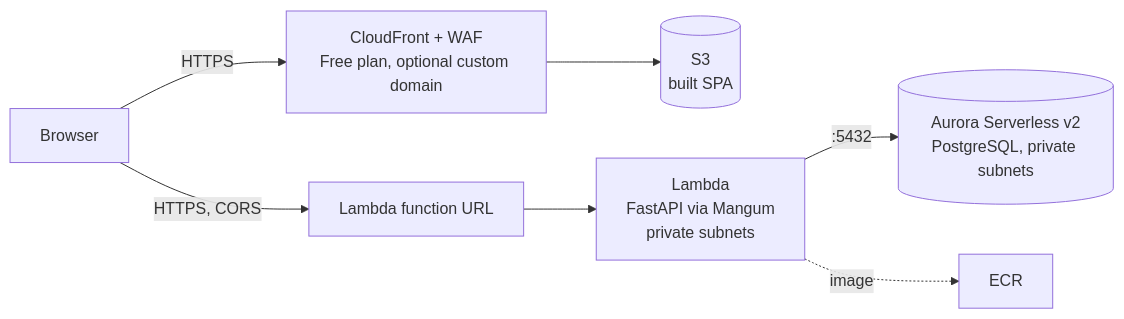
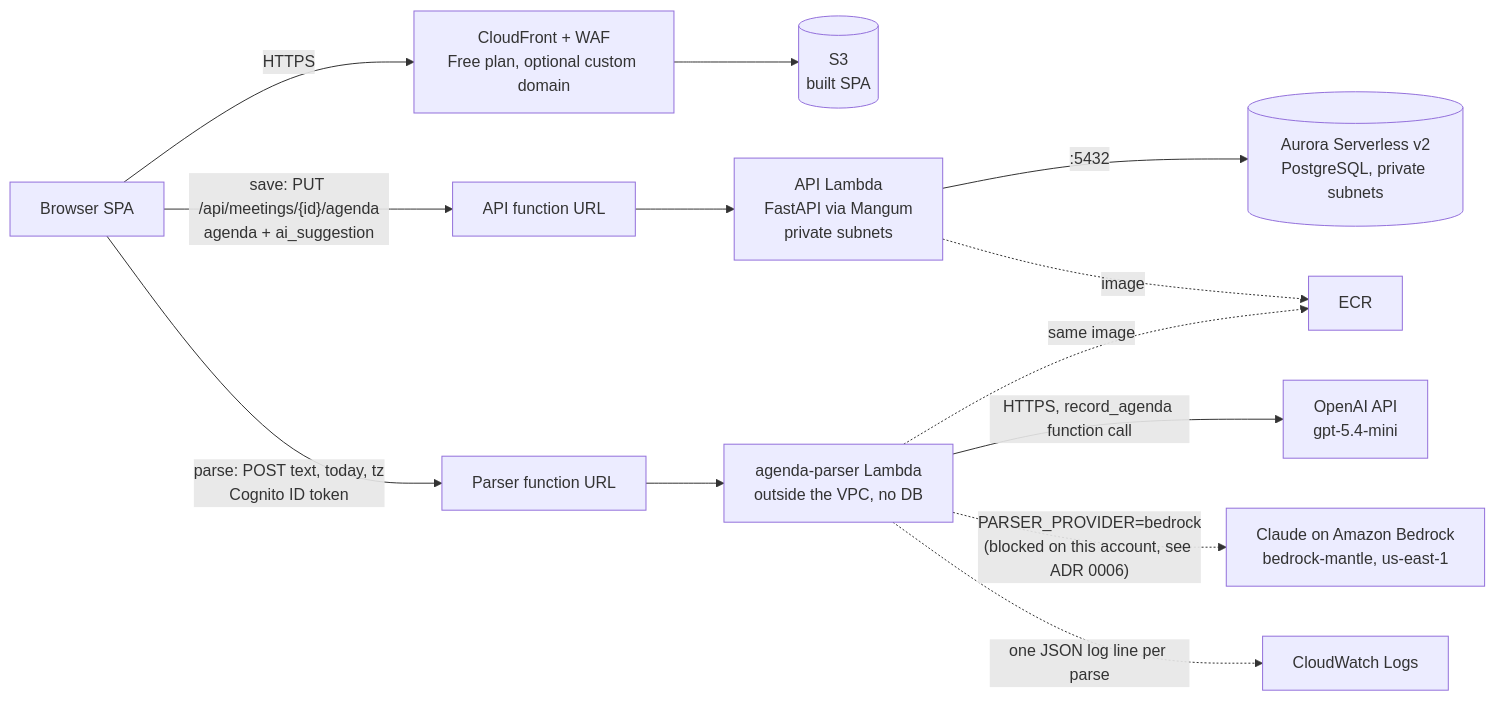
One commit to mr-amigo/OneTwoThree changed the diagram in README.md. Above: the diagram before and after it, drawn with Mermaid. The commit also changed other lines of this file and 42 other files, not shown here.

````diff
--- a/README.md
+++ b/README.md
@@ -181,9 +222,15 @@
 ```mermaid
 flowchart LR
-    B[Browser] -->|HTTPS| CF[CloudFront + WAF<br/>Free plan, optional custom domain]
+    B[Browser SPA] -->|HTTPS| CF[CloudFront + WAF<br/>Free plan, optional custom domain]
     CF --> S3[(S3<br/>built SPA)]
-    B -->|HTTPS, CORS| URL[Lambda function URL]
-    URL --> L[Lambda<br/>FastAPI via Mangum<br/>private subnets]
+    B -->|"save: PUT /api/meetings/{id}/agenda<br/>agenda + ai_suggestion"| URL[API function URL]
+    URL --> L[API Lambda<br/>FastAPI via Mangum<br/>private subnets]
     L -->|:5432| DB[(Aurora Serverless v2<br/>PostgreSQL, private subnets)]
+    B -->|"parse: POST text, today, tz<br/>Cognito ID token"| PURL[Parser function URL]
+    PURL --> P[agenda-parser Lambda<br/>outside the VPC, no DB]
+    P -->|"HTTPS, record_agenda function call"| OAI[OpenAI API<br/>gpt-5.4-mini]
+    P -.->|"PARSER_PROVIDER=bedrock<br/>(blocked on this account, see ADR 0006)"| BR[Claude on Amazon Bedrock<br/>bedrock-mantle, us-east-1]
+    P -. one JSON log line per parse .-> CW[CloudWatch Logs]
     L -. image .-> ECR[ECR]
+    P -. same image .-> ECR
 ```
````
